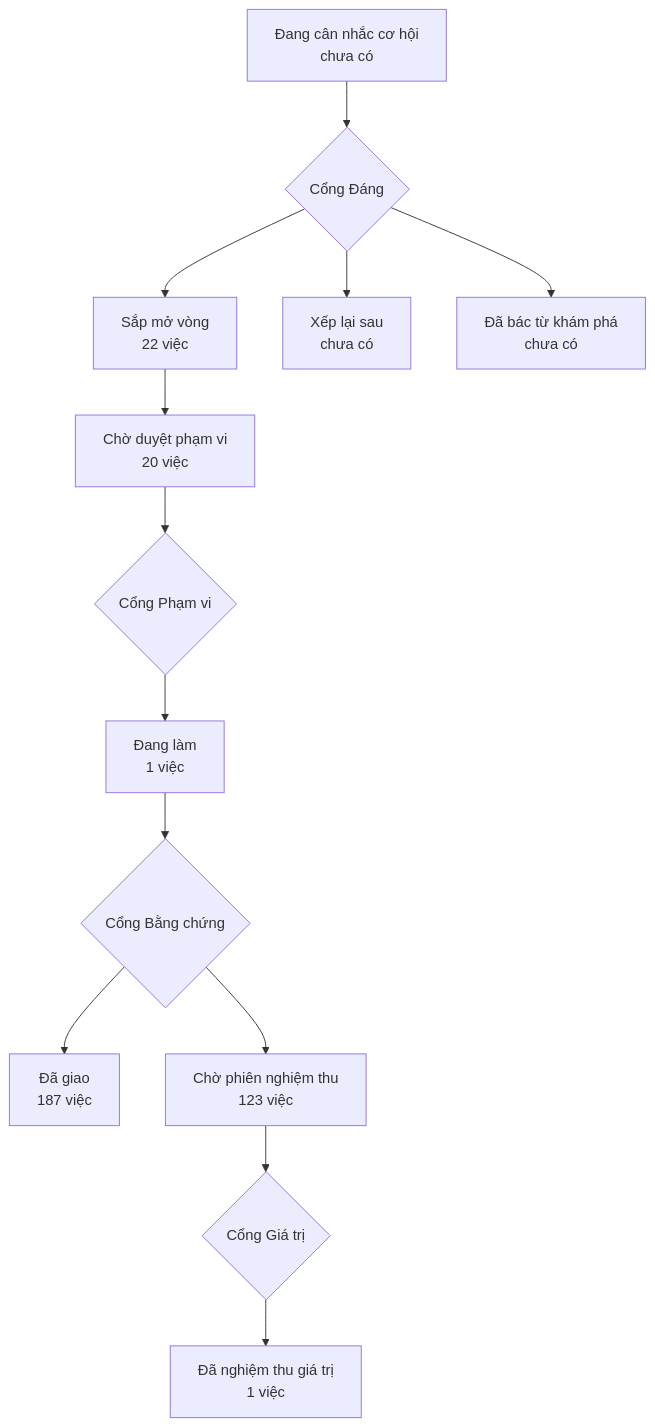
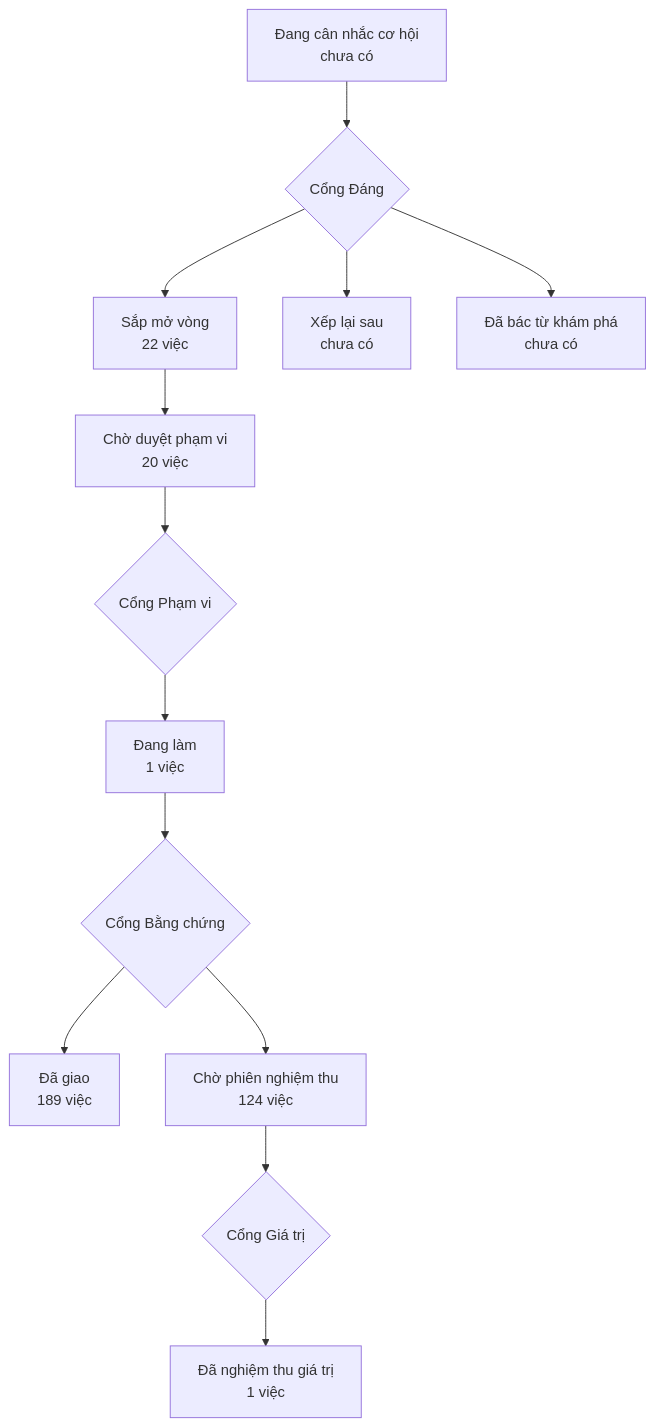
Before and after one commit to phanlemanh/onehub-invest: the diagram in PRODUCT-MAP.md, drawn with Mermaid. The commit also changed other lines of this file and 9 other files, not shown here.

````diff
--- a/PRODUCT-MAP.md
+++ b/PRODUCT-MAP.md
@@ -7,12 +7,12 @@
 ```mermaid
 flowchart TD
   A["Đang cân nhắc cơ hội<br/>chưa có"] --> GD{"Cổng Đáng"}
   GD --> B["Sắp mở vòng<br/>22 việc"]
   GD --> XL["Xếp lại sau<br/>chưa có"]
   GD --> DB["Đã bác từ khám phá<br/>chưa có"]
   B --> CD["Chờ duyệt phạm vi<br/>20 việc"] --> GP{"Cổng Phạm vi"}
   GP --> DL["Đang làm<br/>1 việc"] --> GB{"Cổng Bằng chứng"}
-  GB --> DG["Đã giao<br/>187 việc"]
-  GB --> CN["Chờ phiên nghiệm thu<br/>123 việc"] --> GG{"Cổng Giá trị"}
+  GB --> DG["Đã giao<br/>189 việc"]
+  GB --> CN["Chờ phiên nghiệm thu<br/>124 việc"] --> GG{"Cổng Giá trị"}
   GG --> NT["Đã nghiệm thu giá trị<br/>1 việc"]
 ```
````
